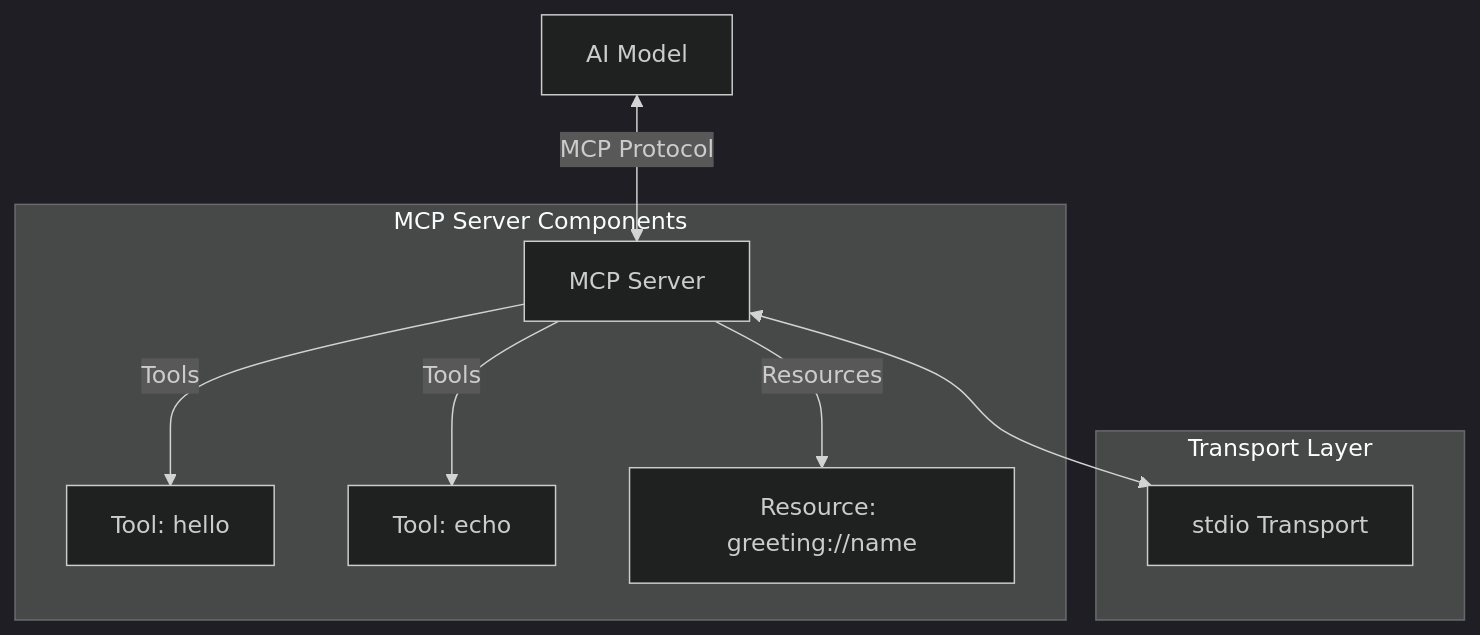
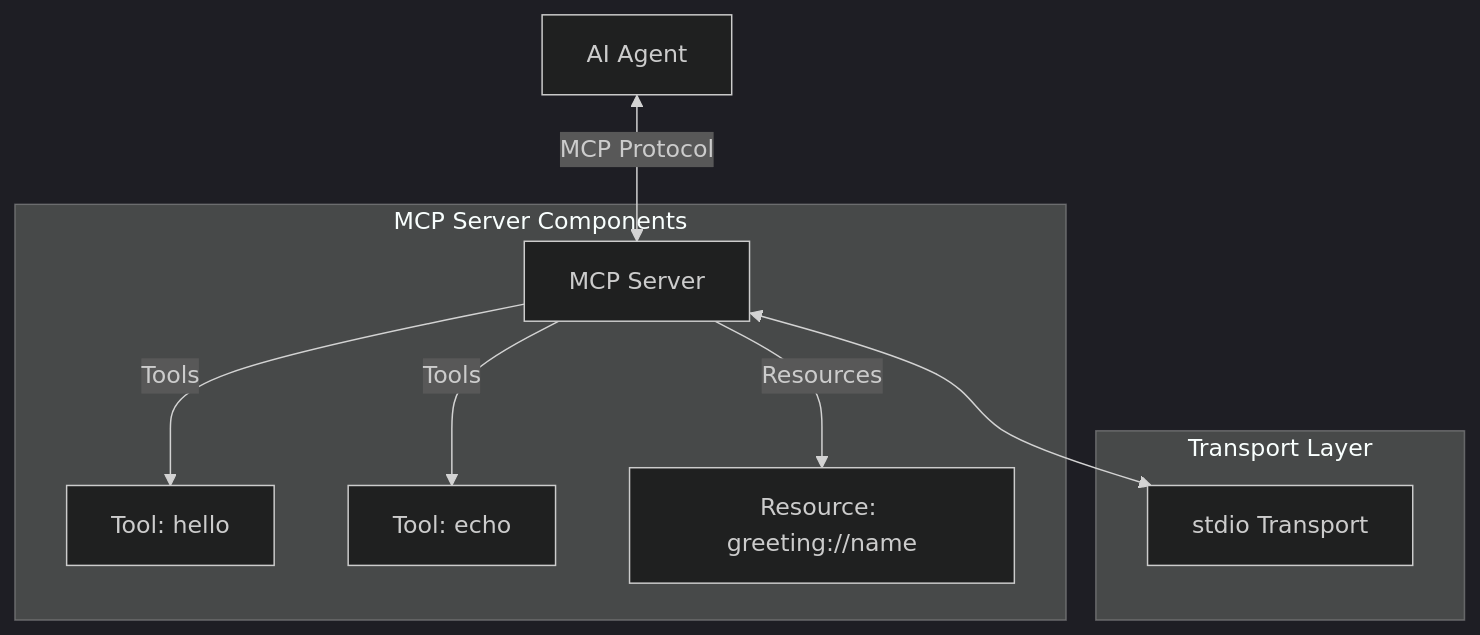
Before and after one commit to tsynode/mcp-workshop: the diagram in README.md, drawn with Mermaid (dark theme). The commit also changed other lines of this file and 7 other files, not shown here.

````diff
--- a/README.md
+++ b/README.md
@@ -22,20 +22,20 @@
 ```mermaid
 graph TD
-    A[AI Model] <-->|MCP Protocol| B[MCP Server]
+    A[AI Agent] <-->|MCP Protocol| B[MCP Server]
     B -->|Tools| C[Tool: hello]
     B -->|Tools| D[Tool: echo]
     B -->|Resources| E["Resource: greeting://name"]
     
     subgraph "MCP Server Components"
         B
         C
         D
         E
     end
     
     subgraph "Transport Layer"
         F[stdio Transport]
     end
     
     B <--> F
 ```
````
